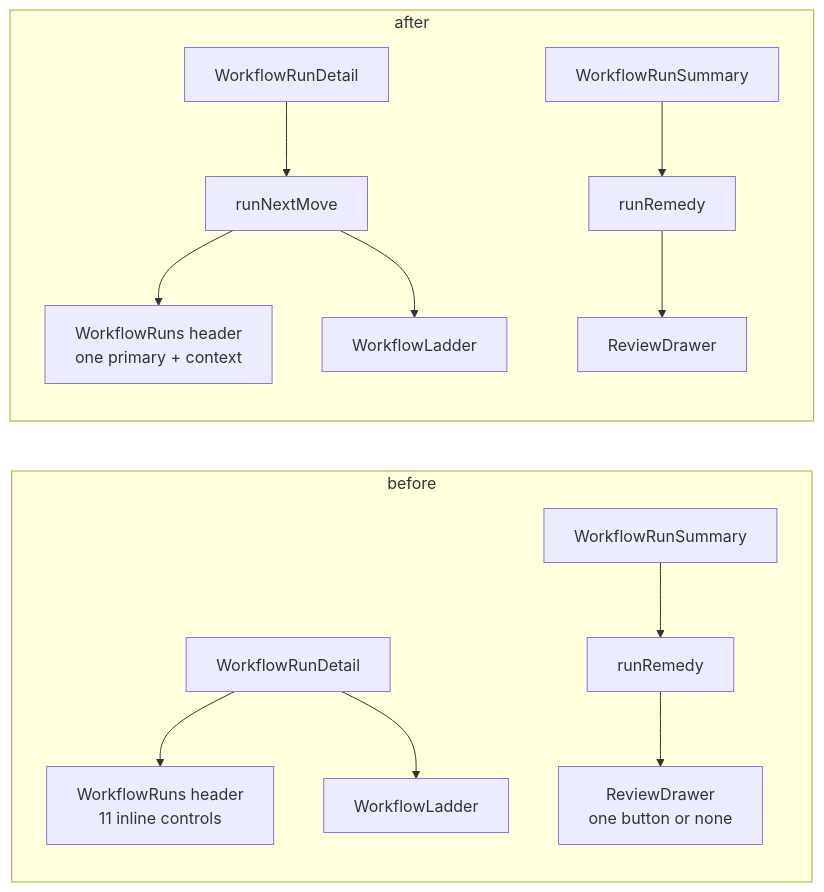
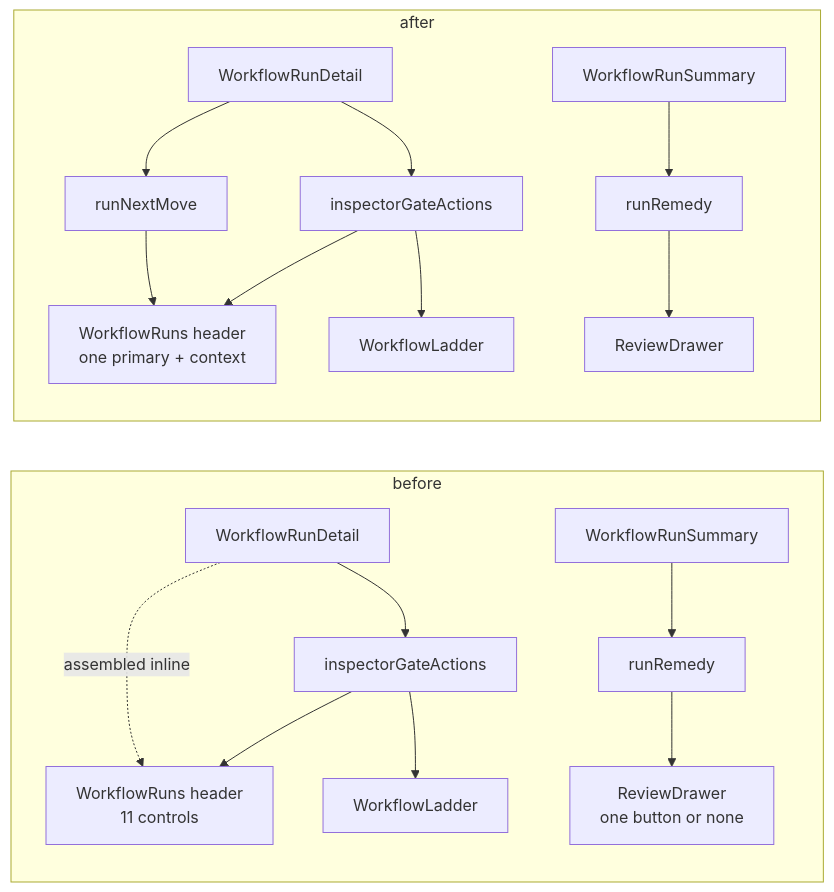
The first of 3 diagrams in docs/plans/workflow-run-controls/plan.md (teamupstart/mission-control), drawn with Mermaid before and after one commit. The commit also changed other lines of this file and 2 other files, not shown here.

First line of the commit message:
docs(workflows): scope runNextMove to the header in the diagram

````diff
--- a/docs/plans/workflow-run-controls/plan.md
+++ b/docs/plans/workflow-run-controls/plan.md
@@ -341,14 +347,18 @@
 ```mermaid
 graph LR
   subgraph before
-    D1[WorkflowRunDetail] --> H1[WorkflowRuns header<br/>11 inline controls]
+    D1[WorkflowRunDetail] -.->|assembled inline| H1[WorkflowRuns header<br/>11 controls]
+    D1 --> G1[inspectorGateActions]
+    G1 --> H1
+    G1 --> L1[WorkflowLadder]
     S1[WorkflowRunSummary] --> R1[runRemedy] --> V1[ReviewDrawer<br/>one button or none]
-    D1 --> L1[WorkflowLadder]
   end
   subgraph after
     D2[WorkflowRunDetail] --> N2[runNextMove]
     N2 --> H2[WorkflowRuns header<br/>one primary + context]
-    N2 --> L2[WorkflowLadder]
+    D2 --> G2[inspectorGateActions]
+    G2 --> H2
+    G2 --> L2[WorkflowLadder]
     S2[WorkflowRunSummary] --> R2[runRemedy] --> V2[ReviewDrawer]
   end
 ```
````
